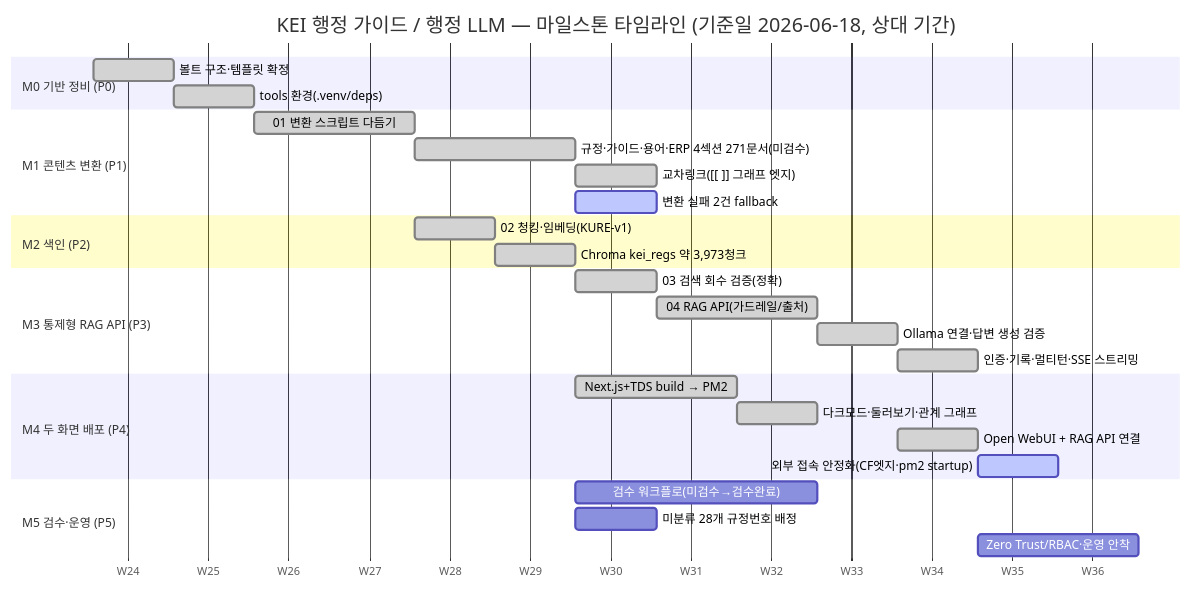
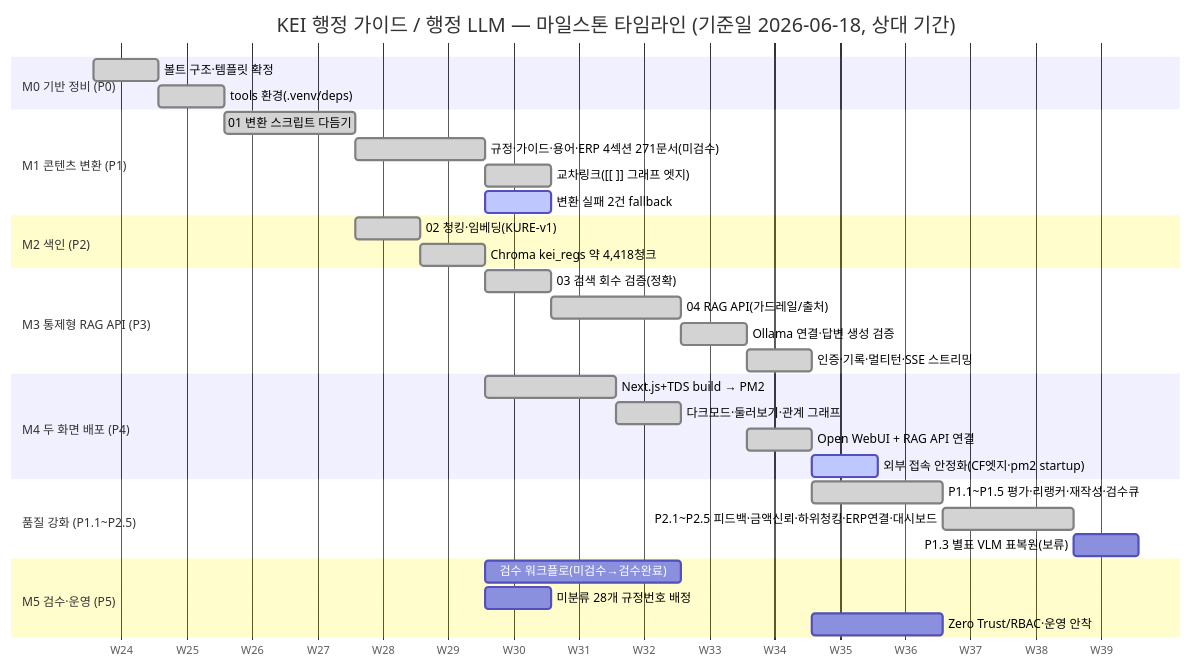
One commit to mooner92/KEIAdminSuperv changed the first of 2 diagrams in docs/08-roadmap.md. Above: the diagram before and after it, drawn with Mermaid. The commit also changed other lines of this file and 13 other files, not shown here.

````diff
--- a/docs/08-roadmap.md
+++ b/docs/08-roadmap.md
@@ -44,38 +46,43 @@
 ```mermaid
 gantt
     title KEI 행정 가이드 / 행정 LLM — 마일스톤 타임라인 (기준일 2026-06-18, 상대 기간)
     dateFormat YYYY-MM-DD
     axisFormat W%W
     todayMarker off
 
     section M0 기반 정비 (P0)
     볼트 구조·템플릿 확정      :done, m0a, 2026-06-18, 1w
     tools 환경(.venv/deps)     :done, m0b, after m0a, 1w
 
     section M1 콘텐츠 변환 (P1)
     01 변환 스크립트 다듬기     :done, m1a, after m0b, 2w
     규정·가이드·용어·ERP 4섹션 271문서(미검수) :done, m1b, after m1a, 2w
     교차링크([[ ]] 그래프 엣지) :done, m1d, after m1b, 1w
     변환 실패 2건 fallback      :active, m1c, after m1b, 1w
 
     section M2 색인 (P2)
     02 청킹·임베딩(KURE-v1)     :done, m2a, after m1a, 1w
-    Chroma kei_regs 약 3,973청크 :done, m2b, after m2a, 1w
+    Chroma kei_regs 약 4,418청크 :done, m2b, after m2a, 1w
 
     section M3 통제형 RAG API (P3)
     03 검색 회수 검증(정확)     :done, m3a, after m2b, 1w
     04 RAG API(가드레일/출처)   :done, m3b, after m3a, 2w
     Ollama 연결·답변 생성 검증  :done, m3c, after m3b, 1w
     인증·기록·멀티턴·SSE 스트리밍 :done, m3d, after m3c, 1w
 
     section M4 두 화면 배포 (P4)
     Next.js+TDS build → PM2     :done, m4a, after m1b, 2w
     다크모드·둘러보기·관계 그래프 :done, m4d, after m4a, 1w
     Open WebUI + RAG API 연결   :done, m4b, after m3c, 1w
     외부 접속 안정화(CF엣지·pm2 startup) :active, m4c, after m4b, 1w
 
+    section 품질 강화 (P1.1~P2.5)
+    P1.1~P1.5 평가·리랭커·재작성·검수큐 :done, q1, after m3d, 2w
+    P2.1~P2.5 피드백·금액신뢰·하위청킹·ERP연결·대시보드 :done, q2, after q1, 2w
+    P1.3 별표 VLM 표복원(보류)  :q3, after q2, 1w
+
     section M5 검수·운영 (P5)
     검수 워크플로(미검수→검수완료):m5a, after m1b, 3w
     미분류 28개 규정번호 배정    :m5c, after m1b, 1w
     Zero Trust/RBAC·운영 안착   :m5b, after m4b, 2w
 ```
````
